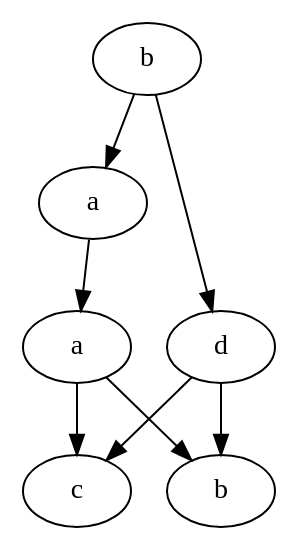
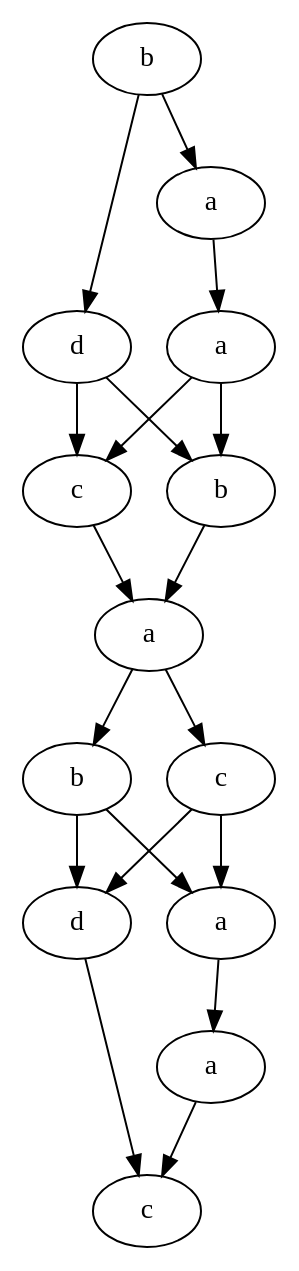
The diagram in output/graph_hasse.gv (Mielecki/Traces), drawn with Graphviz before and after one commit. The commit also changed 9 other files, not shown here.

Commit message:
Fix hasseDiagram creating bug

```diff
--- a/output/graph_hasse.gv
+++ b/output/graph_hasse.gv
@@ -1,15 +1,33 @@
 digraph graphname {
+b2 [label="b"]
+c1 [label="c"]
+a3 [label="a"]
+c2 [label="c"]
+d1 [label="d"]
+d0 [label="d"]
+a4 [label="a"]
+a1 [label="a"]
+c0 [label="c"]
+a2 [label="a"]
 a0 [label="a"]
-a1 [label="a"]
-d0 [label="d"]
-c0 [label="c"]
 b1 [label="b"]
 b0 [label="b"]
+a0 -> a1;
+b1 -> a2;
 b0 -> a0;
 b0 -> d0;
-a0 -> a1;
 a1 -> c0;
 a1 -> b1;
+c0 -> a2;
+a2 -> b2;
+a2 -> c1;
+d1 -> c2;
 d0 -> c0;
 d0 -> b1;
+a4 -> c2;
+b2 -> a3;
+b2 -> d1;
+c1 -> a3;
+c1 -> d1;
+a3 -> a4;
 }
```
